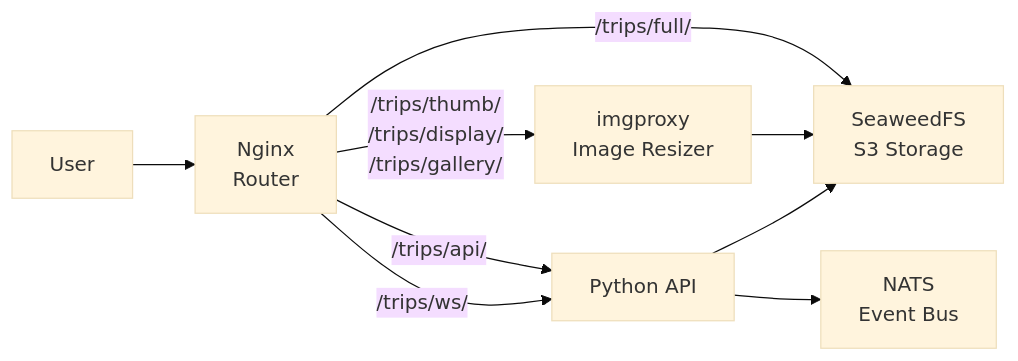
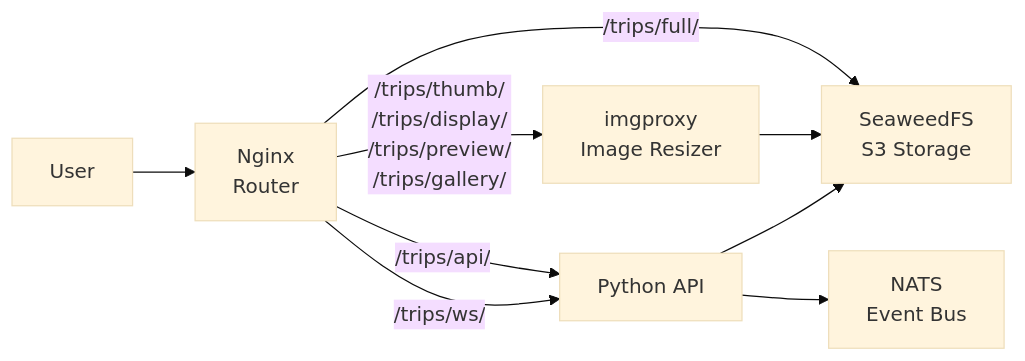
Before and after one commit to jomcgi/homelab: the diagram in projects/trips/chart/README.md, drawn with Mermaid (base theme). The commit also changed 2 other files, not shown here.

Commit message:
docs: fix stale API URLs in ships and trips sub-READMEs
- ships/backend/README.md: replace ships-api.jomcgi.dev with
  ships.jomcgi.dev (API is proxied through the Bun frontend server,
  not exposed on a separate subdomain)
- trips/backend/README.md: replace trips-api.jomcgi.dev with
  api.jomcgi.dev/trips (trips API is routed through the api-gateway)
- trips/chart/README.md: add missing /trips/preview/ path to mermaid
  diagram (four imgproxy variants exist: thumb, display, preview, gallery)

````diff
--- a/projects/trips/chart/README.md
+++ b/projects/trips/chart/README.md
@@ -9,11 +9,11 @@
 ```mermaid
 flowchart LR
     User[User] --> Nginx[Nginx\nRouter]
     Nginx -->|/trips/full/| SeaweedFS[SeaweedFS\nS3 Storage]
-    Nginx -->|/trips/thumb/\n/trips/display/\n/trips/gallery/| Imgproxy[imgproxy\nImage Resizer]
+    Nginx -->|/trips/thumb/\n/trips/display/\n/trips/preview/\n/trips/gallery/| Imgproxy[imgproxy\nImage Resizer]
     Imgproxy --> SeaweedFS
     Nginx -->|/trips/api/| API[Python API]
     Nginx -->|/trips/ws/| API
     API --> SeaweedFS
     API --> NATS[NATS\nEvent Bus]
 ```
````
